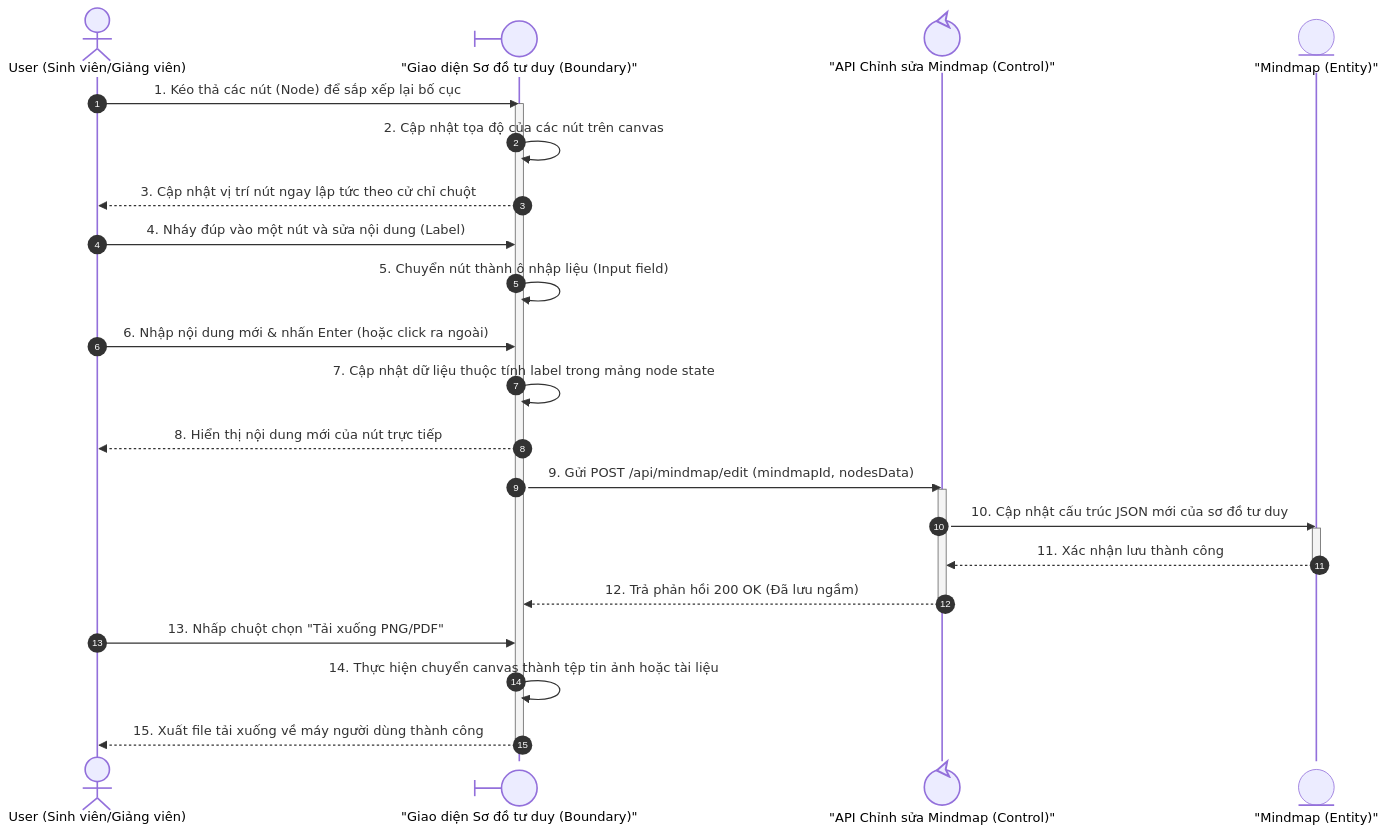
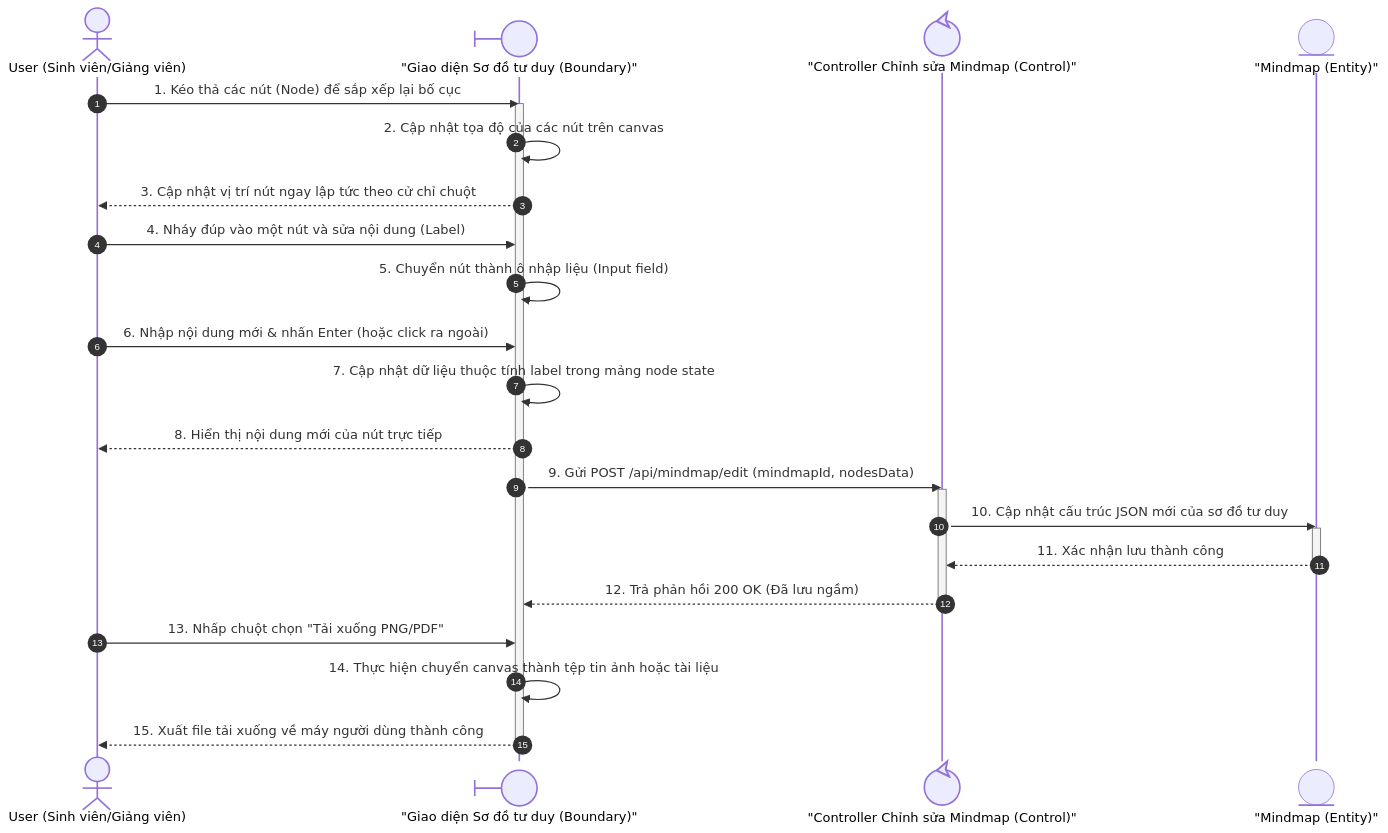
One commit to vietcuong2004/DATN_TLUDOC changed the ninth of 13 diagrams in Cuong_Documents/BaoVeDoAn/Diagram/SequenceDiagrams.md. Above: the diagram before and after it, drawn with Mermaid. The commit also changed other lines of this file and 11 other files, not shown here.

````diff
--- a/Cuong_Documents/BaoVeDoAn/Diagram/SequenceDiagrams.md
+++ b/Cuong_Documents/BaoVeDoAn/Diagram/SequenceDiagrams.md
@@ -339,33 +339,33 @@
 ```mermaid
 sequenceDiagram
     autonumber
     actor User as User (Sinh viên/Giảng viên)
     participant UI@{ "type": "boundary" } as "Giao diện Sơ đồ tư duy (Boundary)"
-    participant Control@{ "type": "control" } as "API Chỉnh sửa Mindmap (Control)"
+    participant Control@{ "type": "control" } as "Controller Chỉnh sửa Mindmap (Control)"
     participant Entity@{ "type": "entity" } as "Mindmap (Entity)"
 
     User->>UI: 1. Kéo thả các nút (Node) để sắp xếp lại bố cục
     activate UI
     UI->>UI: 2. Cập nhật tọa độ của các nút trên canvas
     UI-->>User: 3. Cập nhật vị trí nút ngay lập tức theo cử chỉ chuột
 
     User->>UI: 4. Nháy đúp vào một nút và sửa nội dung (Label)
     UI->>UI: 5. Chuyển nút thành ô nhập liệu (Input field)
     User->>UI: 6. Nhập nội dung mới & nhấn Enter (hoặc click ra ngoài)
     UI->>UI: 7. Cập nhật dữ liệu thuộc tính label trong mảng node state
     UI-->>User: 8. Hiển thị nội dung mới của nút trực tiếp
 
     UI->>Control: 9. Gửi POST /api/mindmap/edit (mindmapId, nodesData)
     activate Control
     Control->>Entity: 10. Cập nhật cấu trúc JSON mới của sơ đồ tư duy
     activate Entity
     Entity-->>Control: 11. Xác nhận lưu thành công
     deactivate Entity
     Control-->>UI: 12. Trả phản hồi 200 OK (Đã lưu ngầm)
     deactivate Control
     
     User->>UI: 13. Nhấp chuột chọn "Tải xuống PNG/PDF"
     UI->>UI: 14. Thực hiện chuyển canvas thành tệp tin ảnh hoặc tài liệu
     UI-->>User: 15. Xuất file tải xuống về máy người dùng thành công
     deactivate UI
 ```
````
